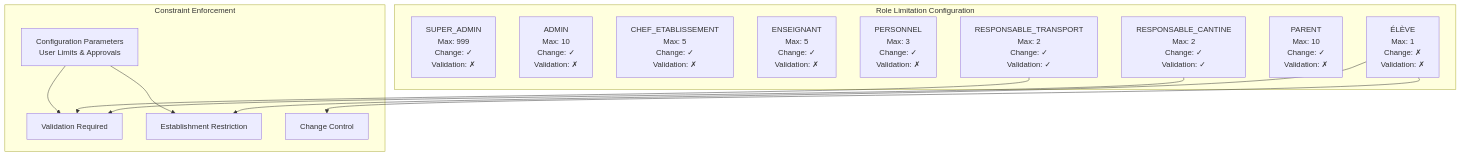
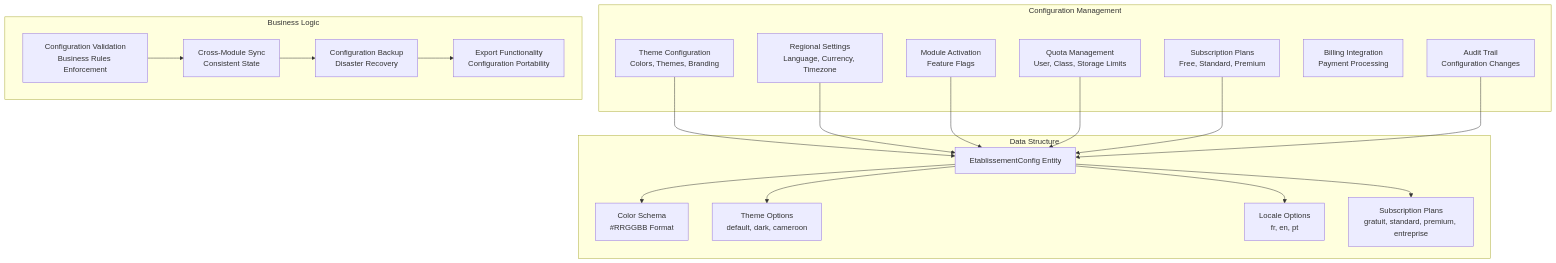
Before and after one commit to franckylab/eLISAschool: the fourth of 11 diagrams in .qoder/repowiki/en/content/Modules & Features/Administrative Modules/Establishment Management.md, drawn with Mermaid. The commit also changed other lines of this file and 95 other files, not shown here.

First line of the commit message:
refactor(architecture): corriger la source de vérité des informations établissement

````diff
--- a/.qoder/repowiki/en/content/Modules & Features/Administrative Modules/Establishment Management.md
+++ b/.qoder/repowiki/en/content/Modules & Features/Administrative Modules/Establishment Management.md
@@ -185,26 +275,38 @@
 ```mermaid
 graph TB
-subgraph "Role Limitation Configuration"
-RoleSuperAdmin["SUPER_ADMIN<br/>Max: 999<br/>Change: ✓<br/>Validation: ✗"]
-RoleAdmin["ADMIN<br/>Max: 10<br/>Change: ✓<br/>Validation: ✗"]
-RoleChef["CHEF_ETABLISSEMENT<br/>Max: 5<br/>Change: ✓<br/>Validation: ✗"]
-RoleEnseignant["ENSEIGNANT<br/>Max: 5<br/>Change: ✓<br/>Validation: ✗"]
-RolePersonnel["PERSONNEL<br/>Max: 3<br/>Change: ✓<br/>Validation: ✗"]
-RoleRespCantine["RESPONSABLE_CANTINE<br/>Max: 2<br/>Change: ✓<br/>Validation: ✓"]
-RoleRespTransport["RESPONSABLE_TRANSPORT<br/>Max: 2<br/>Change: ✓<br/>Validation: ✓"]
-RoleParent["PARENT<br/>Max: 10<br/>Change: ✓<br/>Validation: ✗"]
-RoleEleve["ÉLÈVE<br/>Max: 1<br/>Change: ✗<br/>Validation: ✗"]
+subgraph "Configuration Management"
+Theme["Theme Configuration<br/>Colors, Themes, Branding"]
+Locale["Regional Settings<br/>Language, Currency, Timezone"]
+Modules["Module Activation<br/>Feature Flags"]
+Quotas["Quota Management<br/>User, Class, Storage Limits"]
+Subscription["Subscription Plans<br/>Free, Standard, Premium"]
+Billing["Billing Integration<br/>Payment Processing"]
+Audit["Audit Trail<br/>Configuration Changes"]
 end
-subgraph "Constraint Enforcement"
-Validation["Validation Required"]
-Restriction["Establishment Restriction"]
-ChangeControl["Change Control"]
-ConfigParams["Configuration Parameters<br/>User Limits & Approvals"]
+subgraph "Data Structure"
+ConfigEntity["EtablissementConfig Entity"]
+ColorSchema["Color Schema<br/>#RRGGBB Format"]
+ThemeEnum["Theme Options<br/>default, dark, cameroon"]
+LocaleEnum["Locale Options<br/>fr, en, pt"]
+PlanEnum["Subscription Plans<br/>gratuit, standard, premium, entreprise"]
 end
-RoleRespCantine --> Validation
-RoleRespTransport --> Validation
-RoleEleve --> Restriction
-RoleEleve --> ChangeControl
-ConfigParams --> Validation
-ConfigParams --> Restriction
+subgraph "Business Logic"
+Validation["Configuration Validation<br/>Business Rules Enforcement"]
+Sync["Cross-Module Sync<br/>Consistent State"]
+Backup["Configuration Backup<br/>Disaster Recovery"]
+Export["Export Functionality<br/>Configuration Portability"]
+end
+Theme --> ConfigEntity
+Locale --> ConfigEntity
+Modules --> ConfigEntity
+Quotas --> ConfigEntity
+Subscription --> ConfigEntity
+Audit --> ConfigEntity
+ConfigEntity --> ColorSchema
+ConfigEntity --> ThemeEnum
+ConfigEntity --> LocaleEnum
+ConfigEntity --> PlanEnum
+Validation --> Sync
+Sync --> Backup
+Backup --> Export
 ```
````
